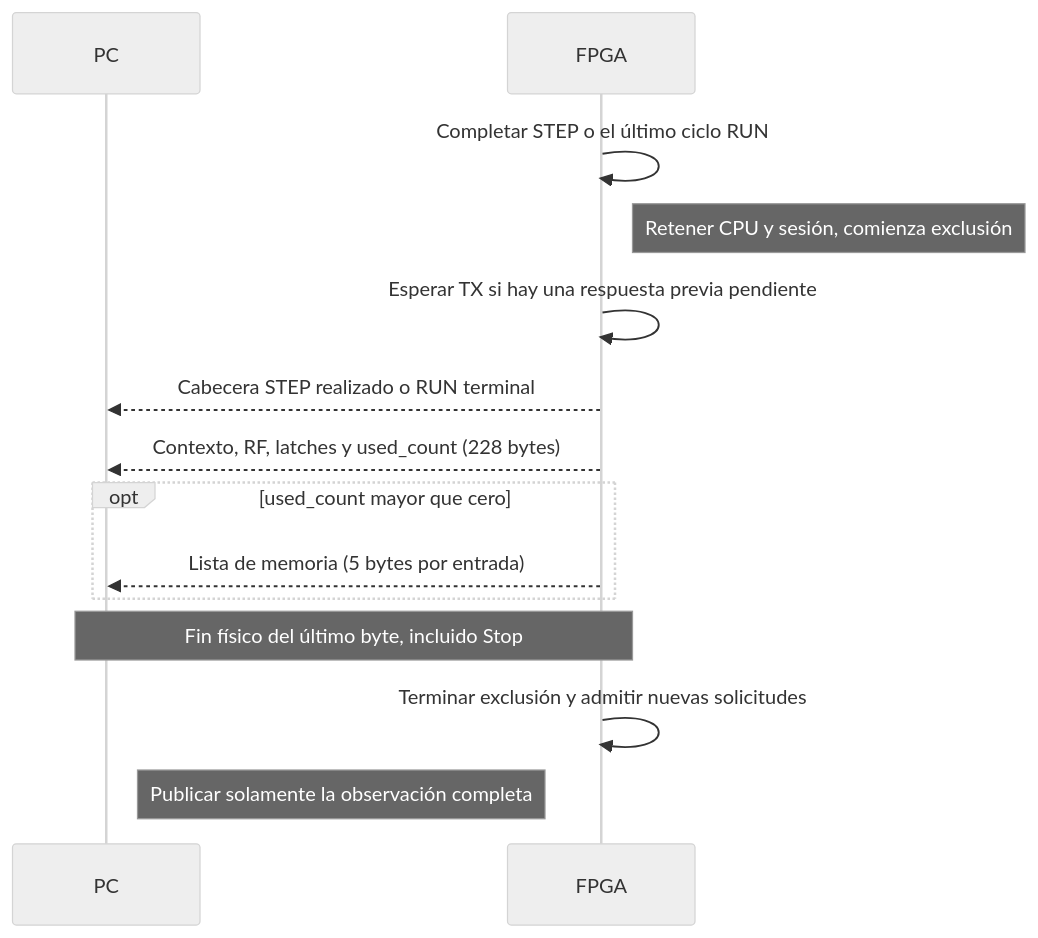
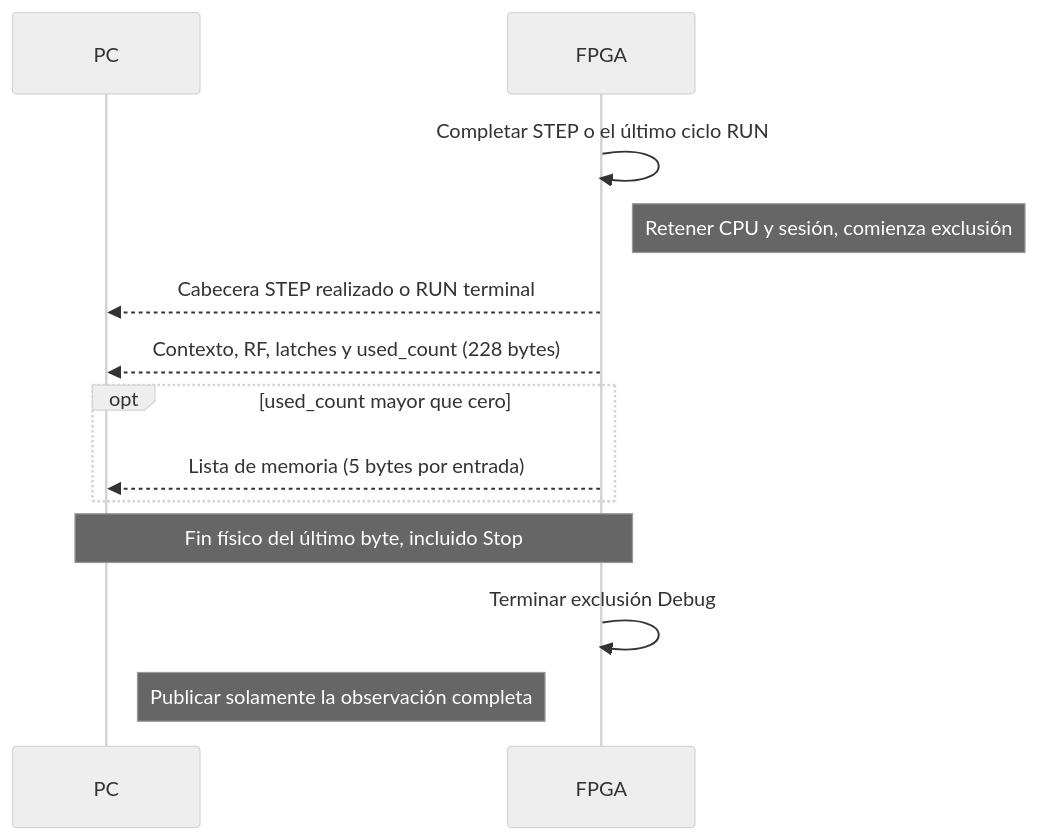
One commit to FrancoPerotti/computer-architecture-tps changed diagram 15 of 20 in tp3/docs/protocol.md. Above: the diagram before and after it, drawn with Mermaid (neutral theme). The commit also changed other lines of this file and 49 other files, not shown here.

````diff
--- a/tp3/docs/protocol.md
+++ b/tp3/docs/protocol.md
@@ -868,16 +852,15 @@
 ```mermaid
 sequenceDiagram
     participant PC as PC
     participant FPGA as FPGA
     FPGA->>FPGA: Completar STEP o el último ciclo RUN
     Note right of FPGA: Retener CPU y sesión, comienza exclusión
-    FPGA->>FPGA: Esperar TX si hay una respuesta previa pendiente
     FPGA-->>PC: Cabecera STEP realizado o RUN terminal
     FPGA-->>PC: Contexto, RF, latches y used_count (228 bytes)
     opt used_count mayor que cero
         FPGA-->>PC: Lista de memoria (5 bytes por entrada)
     end
     Note over PC,FPGA: Fin físico del último byte, incluido Stop
-    FPGA->>FPGA: Terminar exclusión y admitir nuevas solicitudes
+    FPGA->>FPGA: Terminar exclusión Debug
     Note right of PC: Publicar solamente la observación completa
 ```
````
